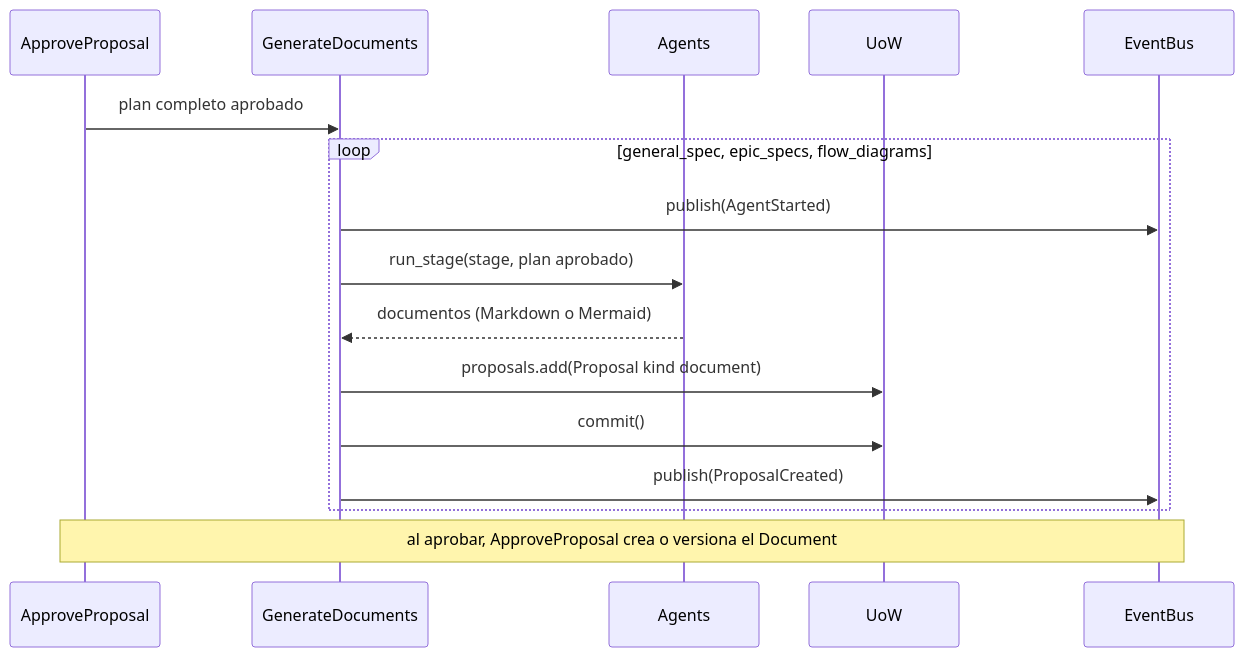
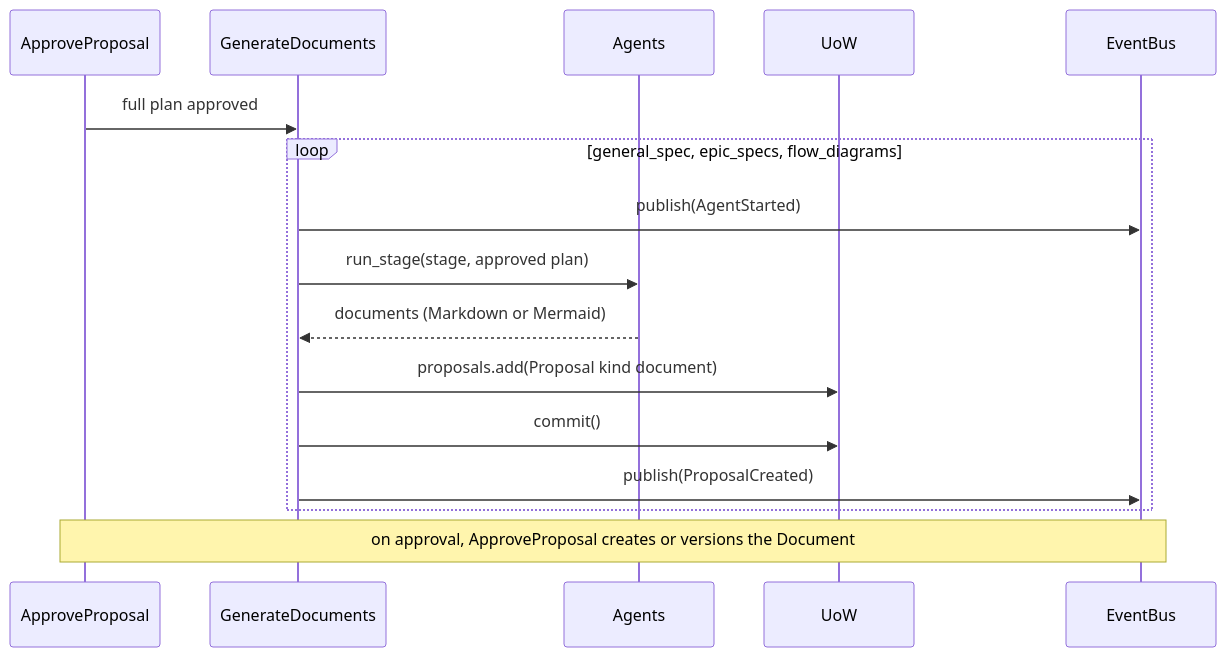
Diagram 12 of 18 in plan/use-cases.md (Mitchz01/TransparencIA), drawn with Mermaid before and after one commit. The commit also changed other lines of this file and 68 other files, not shown here.

````diff
--- a/plan/use-cases.md
+++ b/plan/use-cases.md
@@ -390,19 +394,19 @@
 ```mermaid
 sequenceDiagram
     participant AP as ApproveProposal
     participant UC as GenerateDocuments
     participant AG as Agents
     participant UoW
     participant Bus as EventBus
 
-    AP->>UC: plan completo aprobado
+    AP->>UC: full plan approved
     loop general_spec, epic_specs, flow_diagrams
         UC->>Bus: publish(AgentStarted)
-        UC->>AG: run_stage(stage, plan aprobado)
-        AG-->>UC: documentos (Markdown o Mermaid)
+        UC->>AG: run_stage(stage, approved plan)
+        AG-->>UC: documents (Markdown or Mermaid)
         UC->>UoW: proposals.add(Proposal kind document)
         UC->>UoW: commit()
         UC->>Bus: publish(ProposalCreated)
     end
-    Note over AP,Bus: al aprobar, ApproveProposal crea o versiona el Document
+    Note over AP,Bus: on approval, ApproveProposal creates or versions the Document
 ```
````
